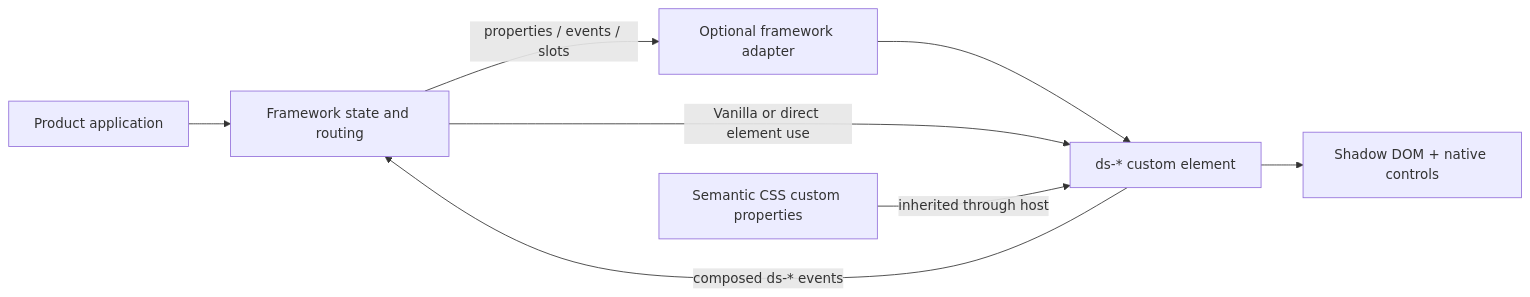
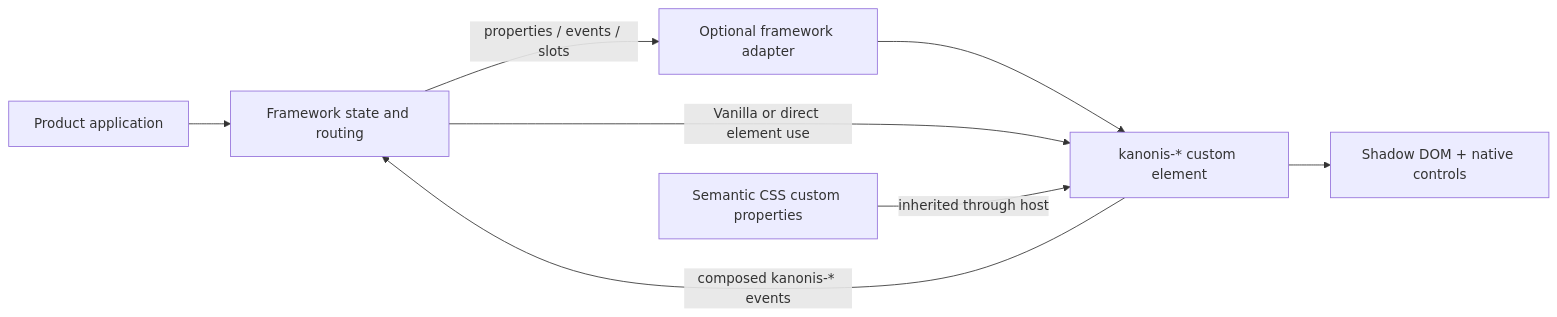
One commit to Endeavoury/Kanonis changed the third of 3 diagrams in docs/architecture.md. Above: the diagram before and after it, drawn with Mermaid. The commit also changed other lines of this file and 100 other files, not shown here.

Commit message:
breaking: rename custom elements to kanonis prefix

````diff
--- a/docs/architecture.md
+++ b/docs/architecture.md
@@ -117,17 +117,17 @@
 ```mermaid
 flowchart LR
   app["Product application"]
   framework["Framework state and routing"]
   adapter["Optional framework adapter"]
-  wc["ds-* custom element"]
+  wc["kanonis-* custom element"]
   shadow["Shadow DOM + native controls"]
   theme["Semantic CSS custom properties"]
 
   app --> framework
   framework -->|"properties / events / slots"| adapter
   adapter --> wc
   framework -->|"Vanilla or direct element use"| wc
   theme -->|"inherited through host"| wc
   wc --> shadow
-  wc -->|"composed ds-* events"| framework
+  wc -->|"composed kanonis-* events"| framework
 ```
````
